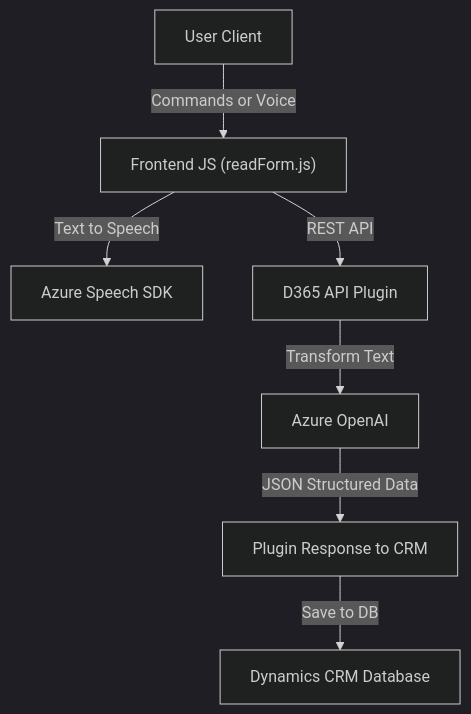
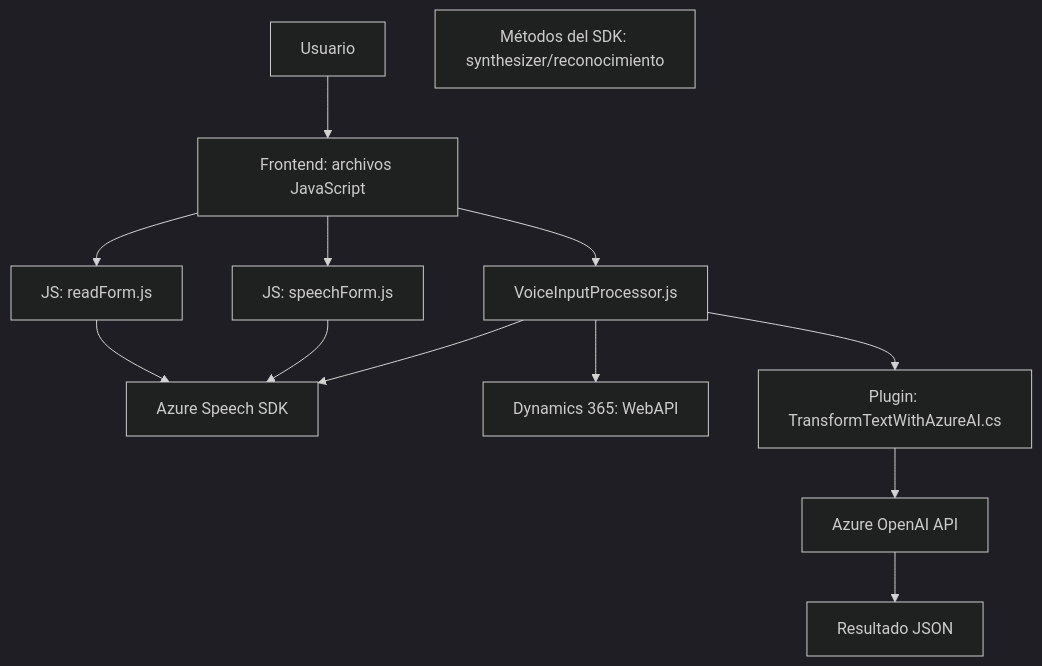
Before and after one commit to blopezdm/NETCORE_BILBAO2025: the diagram in README.md, drawn with Mermaid (dark theme). The commit also changed other lines of this file, not shown here.

````diff
--- a/README.md
+++ b/README.md
@@ -37,10 +38,26 @@
 ```mermaid
 graph TD
-    A["User Client"] -->|Commands or Voice| B["Frontend JS (readForm.js)"]
-    B -->|Text to Speech| C["Azure Speech SDK"]
-    B -->|REST API| D["D365 API Plugin"]
-
-    D -->|Transform Text| E["Azure OpenAI"]
-    E -->|JSON Structured Data| F["Plugin Response to CRM"]
-    F -->|Save to DB| G["Dynamics CRM Database"]
+    A1["Usuario"]
+    A2["Frontend: archivos JavaScript"]
+    A3["JS: readForm.js"]
+    A4["JS: speechForm.js"]
+    A5["VoiceInputProcessor.js"]
+    B1["Azure Speech SDK"]
+    B2["Métodos del SDK: synthesizer/reconocimiento"]
+    C1["Dynamics 365: WebAPI"]
+    C2["Plugin: TransformTextWithAzureAI.cs"]
+    C3["Azure OpenAI API"]
+    C4["Resultado JSON"]
+    
+    A1 --> A2
+    A2 --> A3
+    A2 --> A4
+    A2 --> A5
+    A3 --> B1
+    A4 --> B1
+    A5 --> B1
+    A5 --> C1
+    A5 --> C2
+    C2 --> C3
+    C3 --> C4
 ```
````
